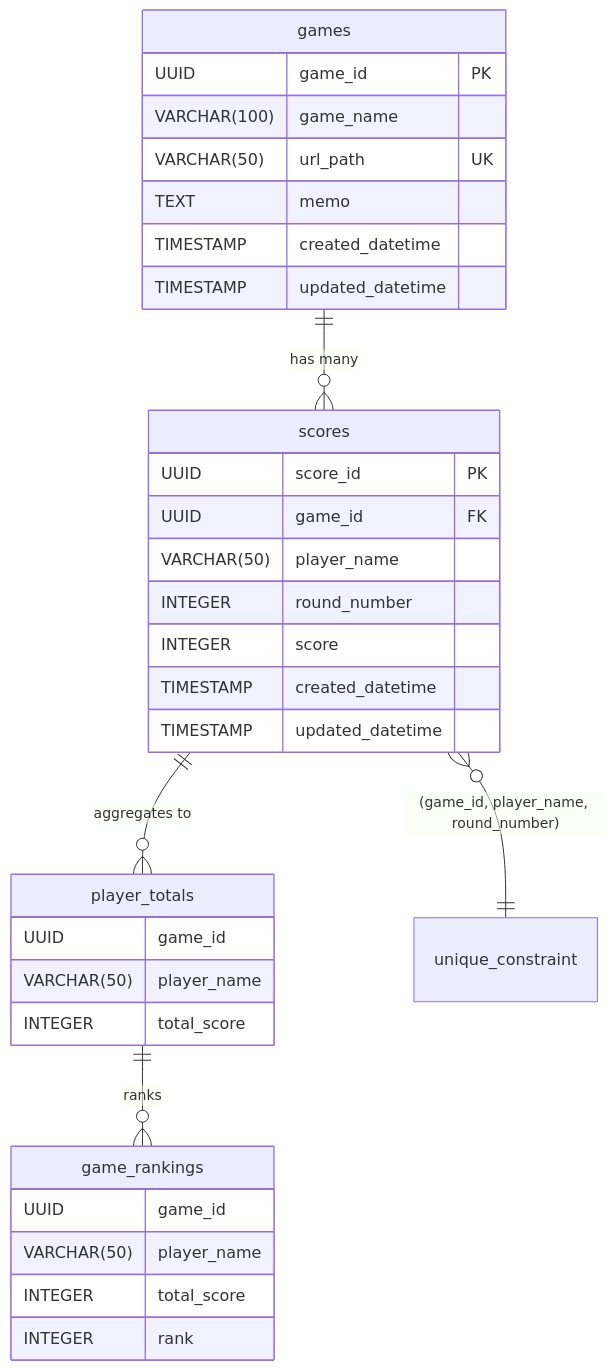
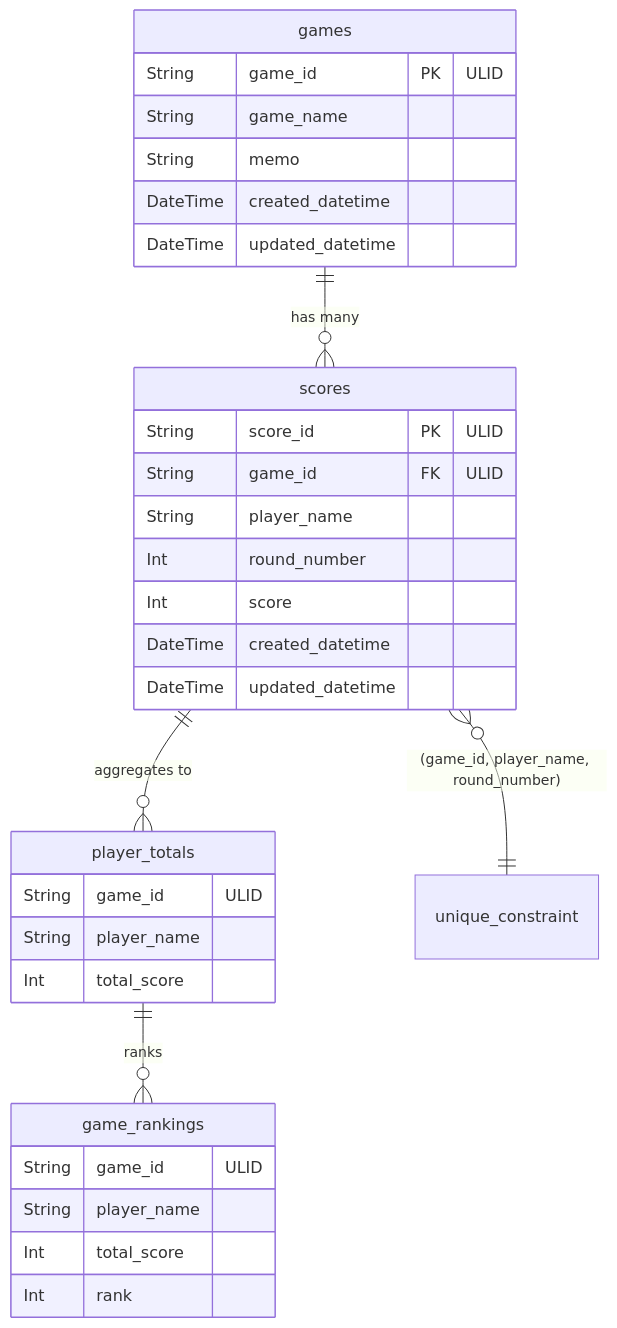
One commit to Mayoneeeez/tokutenban changed the diagram in docs/er-diagram.md. Above: the diagram before and after it, drawn with Mermaid. The commit also changed 4 other files, not shown here.

````diff
--- a/docs/er-diagram.md
+++ b/docs/er-diagram.md
@@ -3,41 +3,40 @@
 ```mermaid
 erDiagram
     games {
-        UUID game_id PK
-        VARCHAR(100) game_name
-        VARCHAR(50) url_path UK
-        TEXT memo
-        TIMESTAMP created_datetime
-        TIMESTAMP updated_datetime
+        String game_id PK "ULID"
+        String game_name
+        String memo
+        DateTime created_datetime
+        DateTime updated_datetime
     }
 
     scores {
-        UUID score_id PK
-        UUID game_id FK
-        VARCHAR(50) player_name
-        INTEGER round_number
-        INTEGER score
-        TIMESTAMP created_datetime
-        TIMESTAMP updated_datetime
+        String score_id PK "ULID"
+        String game_id FK "ULID"
+        String player_name
+        Int round_number
+        Int score
+        DateTime created_datetime
+        DateTime updated_datetime
     }
 
     player_totals {
-        UUID game_id
-        VARCHAR(50) player_name
-        INTEGER total_score
+        String game_id "ULID"
+        String player_name
+        Int total_score
     }
 
     game_rankings {
-        UUID game_id
-        VARCHAR(50) player_name
-        INTEGER total_score
-        INTEGER rank
+        String game_id "ULID"
+        String player_name
+        Int total_score
+        Int rank
     }
 
     games ||--o{ scores : "has many"
     scores ||--o{ player_totals : "aggregates to"
     player_totals ||--o{ game_rankings : "ranks"
 
 %% 複合ユニーク制約
     scores }o--|| unique_constraint : "(game_id, player_name, round_number)"
 ```
````
